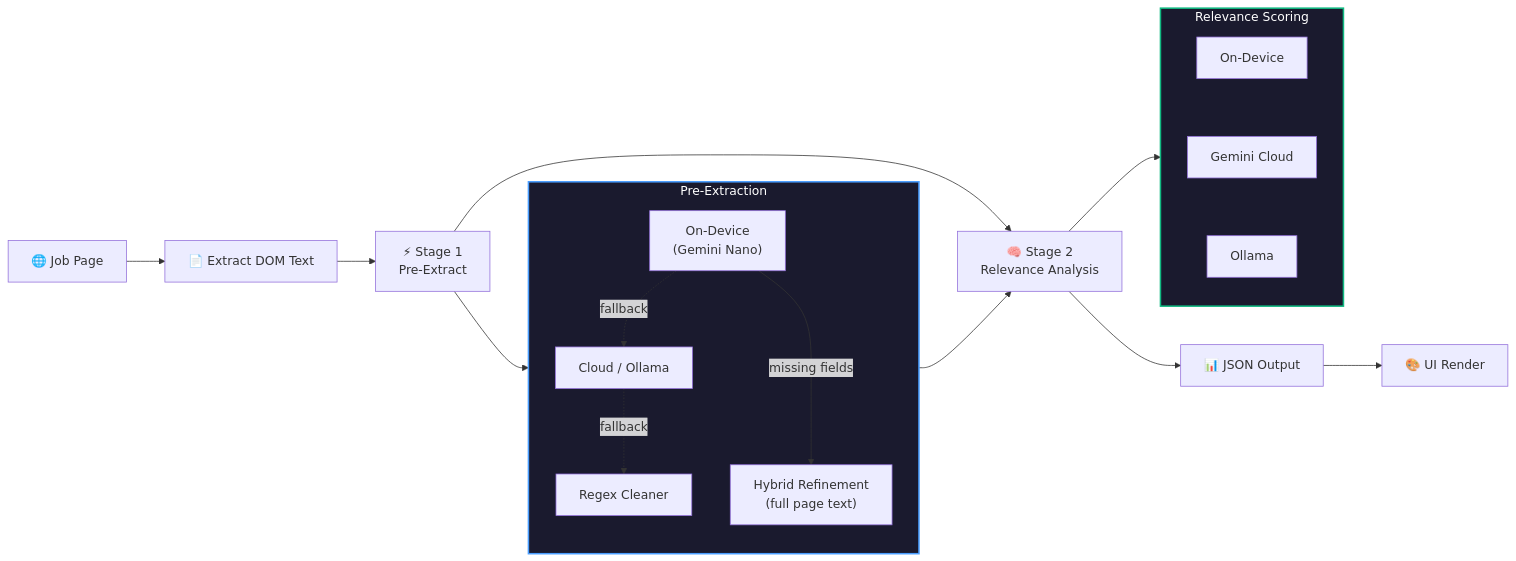
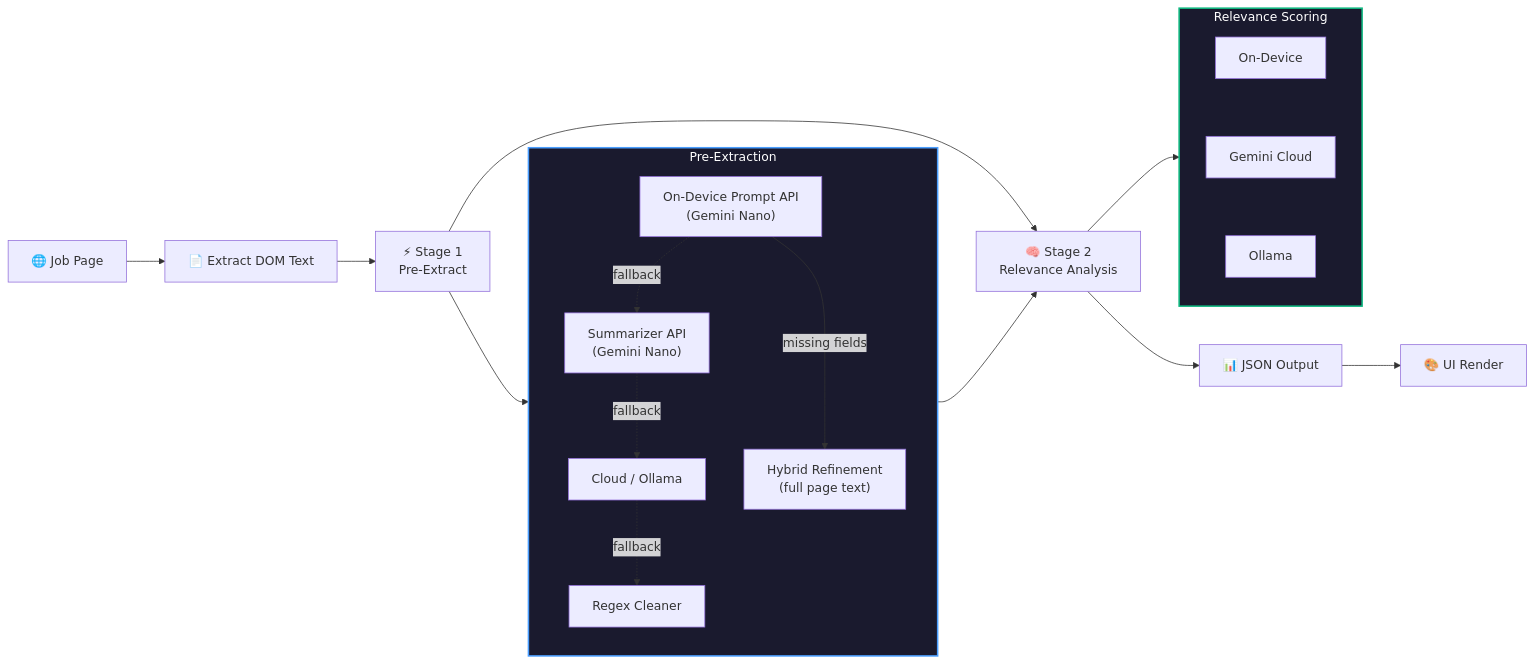
One commit to hellosaumil/JobPostHighlightsExtension changed the diagram in README.md. Above: the diagram before and after it, drawn with Mermaid. The commit also changed other lines of this file and 7 other files, not shown here.

````diff
--- a/README.md
+++ b/README.md
@@ -57,26 +57,27 @@
 ```mermaid
 flowchart LR
     A["🌐 Job Page"] --> B["📄 Extract DOM Text"]
     B --> C["⚡ Stage 1<br>Pre-Extract"]
     C --> D["🧠 Stage 2<br>Relevance Analysis"]
     D --> E["📊 JSON Output"]
     E --> F["🎨 UI Render"]
 
     subgraph Stage1["Pre-Extraction"]
         direction TB
-        C1["On-Device<br>(Gemini Nano)"] -.->|"fallback"| C2["Cloud / Ollama"] -.->|"fallback"| C3["Regex Cleaner"]
+        C1["On-Device Prompt API<br>(Gemini Nano)"] -.->|"fallback"| C1b["Summarizer API<br>(Gemini Nano)"]
+        C1b -.->|"fallback"| C2["Cloud / Ollama"] -.->|"fallback"| C3["Regex Cleaner"]
         C1 --->|"missing fields"| C4["Hybrid Refinement<br>(full page text)"]
     end
 
     subgraph Stage2["Relevance Scoring"]
         direction TB
         D1["On-Device"] ~~~ D2["Gemini Cloud"] ~~~ D3["Ollama"]
     end
 
     C --> Stage1
     Stage1 --> D
     D --> Stage2
 
     style Stage1 fill:#1a1a2e,stroke:#4a9eff,stroke-width:2px,color:#fff
     style Stage2 fill:#1a1a2e,stroke:#10b981,stroke-width:2px,color:#fff
 ```
````
